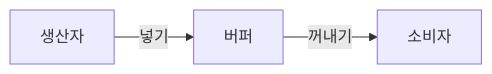
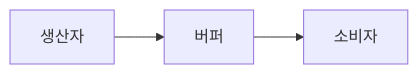
One commit to Byeongchan99/CS-Card changed the second of 3 diagrams in summary-notes/운영체제.md. Above: the diagram before and after it, drawn with Mermaid. The commit also changed other lines of this file and 1 other file, not shown here.

First line of the commit message:
fix: 다이어그램 라벨 겹침 정리

````diff
--- a/summary-notes/운영체제.md
+++ b/summary-notes/운영체제.md
@@ -116,5 +116,4 @@
 ```mermaid
 flowchart LR
-    P["생산자"] -->|넣기| B["버퍼"]
-    B -->|꺼내기| C["소비자"]
+    P["생산자"] --> B["버퍼"] --> C["소비자"]
 ```
````
